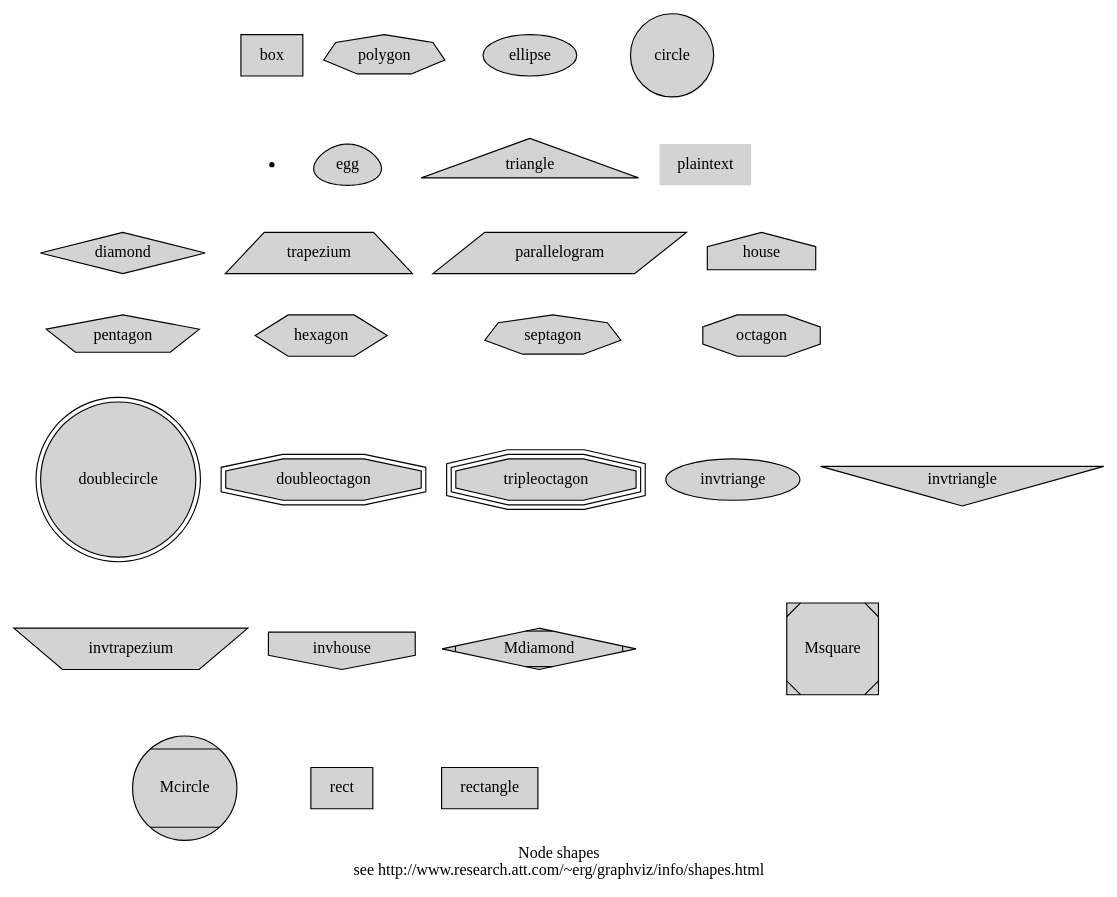
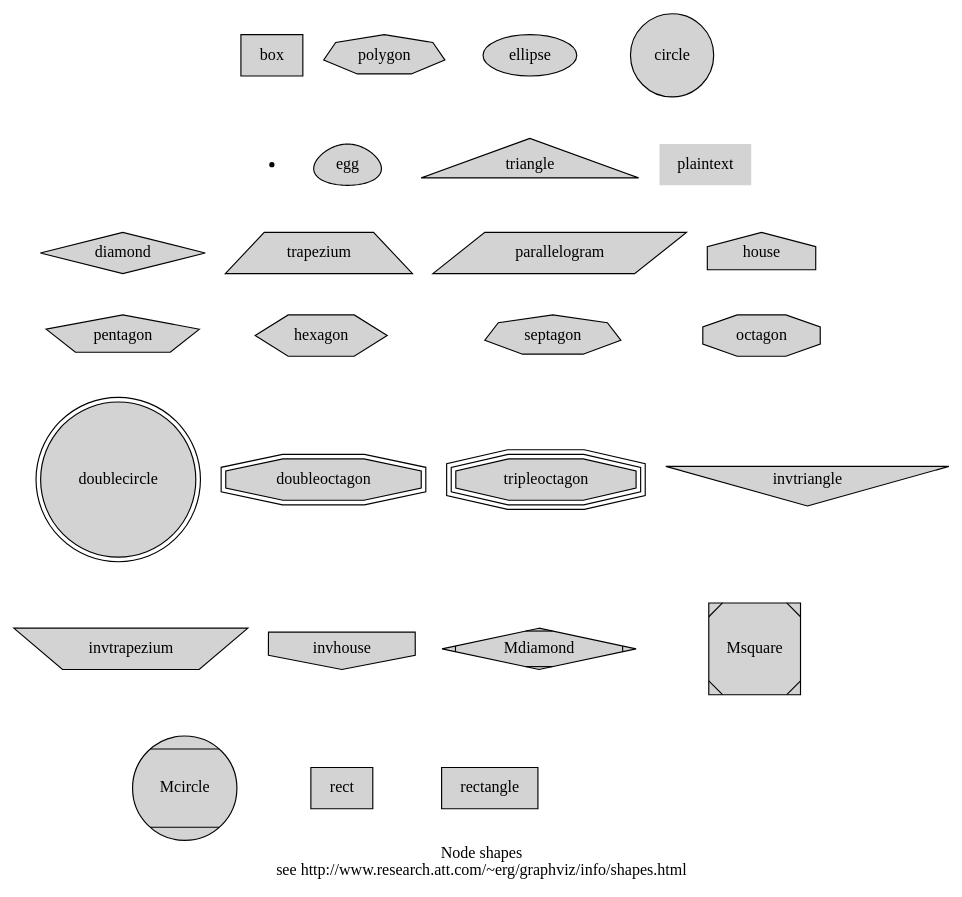
Before and after one commit to graphviz-perl/Tk-GraphViz: the diagram in t/graphs/directed/nodeshapes.dot, drawn with Graphviz. The commit also changed 3 other files, not shown here.

First line of the commit message:
Import of JGS/Tk-GraphViz-1.00 from CPAN.

```diff
--- a/t/graphs/directed/nodeshapes.dot
+++ b/t/graphs/directed/nodeshapes.dot
@@ -1,97 +1,97 @@
 digraph test {
 
  graph [label="Node shapes\nsee http://www.research.att.com/~erg/graphviz/info/shapes.html"];
  node [style=filled];
  edge [style=invis,dir=none];
 
  { graph [rank=same];
 	box [shape=box];
 	polygon [shape=polygon,sides=7];
 	ellipse [shape=ellipse];
 	circle [shape=circle];
 	box -> polygon;
 	polygon -> ellipse;
 	ellipse -> circle;
 	};
  { graph [rank=same];
 	point [shape=point];
 	egg [shape=egg];
 	triangle [shape=triangle];
 	plaintext [shape=plaintext];
 	point -> egg;
 	egg -> triangle;
 	triangle -> plaintext;
 	};
   { graph [rank=same];
 	diamond [shape=diamond];
 	trapezium [shape=trapezium];
 	parallelogram [shape=parallelogram];
 	house [shape=house];
 	diamond -> trapezium;
 	trapezium -> parallelogram;
 	parallelogram -> house;
 	};
   { graph [rank=same];
 	pentagon [shape=pentagon];
 	hexagon [shape=hexagon];
 	septagon [shape=septagon];
 	octagon [shape=octagon];
 	pentagon -> hexagon;
 	hexagon -> septagon;
 	septagon -> octagon;
 	};
   { graph [rank=same];
 	doublecircle [shape=doublecircle];
 	doubleoctagon [shape=doubleoctagon];
 	tripleoctagon [shape=tripleoctagon];
 	invtriangle [shape=invtriangle];
 	doublecircle -> doubleoctagon;
 	doubleoctagon -> tripleoctagon;
-	tripleoctagon -> invtriange;
+	tripleoctagon -> invtriangle;
 	};
   { graph [rank=same];
 	invtrapezium [shape=invtrapezium];
 	invhouse [shape=invhouse];
 	Mdiamond [shape=Mdiamond];
 	Msquare [shape=Msquare];
 	invtrapezium -> invhouse;
 	invhouse -> Mdiamond;
 	Mdiamond -> Msquare;
 	};
   { graph [rank=same];
 	Mcircle [shape=Mcircle];
 	rect [shape=rect];
 	rectangle [shape=rectangle];
 	Mcircle -> rect;
 	rect -> rectangle;
 	};
 
   box -> point;
   polygon -> egg;
   ellipse -> triangle;
   circle -> plaintext;
 
   point -> diamond;
   egg -> trapezium;
   triangle -> parallelogram;
   plaintext -> house;
 
   diamond -> pentagon;
   trapezium -> hexagon;
   parallelogram -> septagon;
   house -> octagon;
 
   pentagon -> doublecircle;
   hexagon -> doubleoctagon;
   septagon -> tripleoctagon;
   octagon -> invtriangle;
 
   doublecircle -> invtrapezium;
   doubleoctagon -> invhouse;
   tripleoctagon -> Mdiamond;
   invtriangle -> Msquare;
 
   invtrapezium -> Mcircle;
   invhouse -> rect;
   Mdiamond -> rectangle;
 }
```
